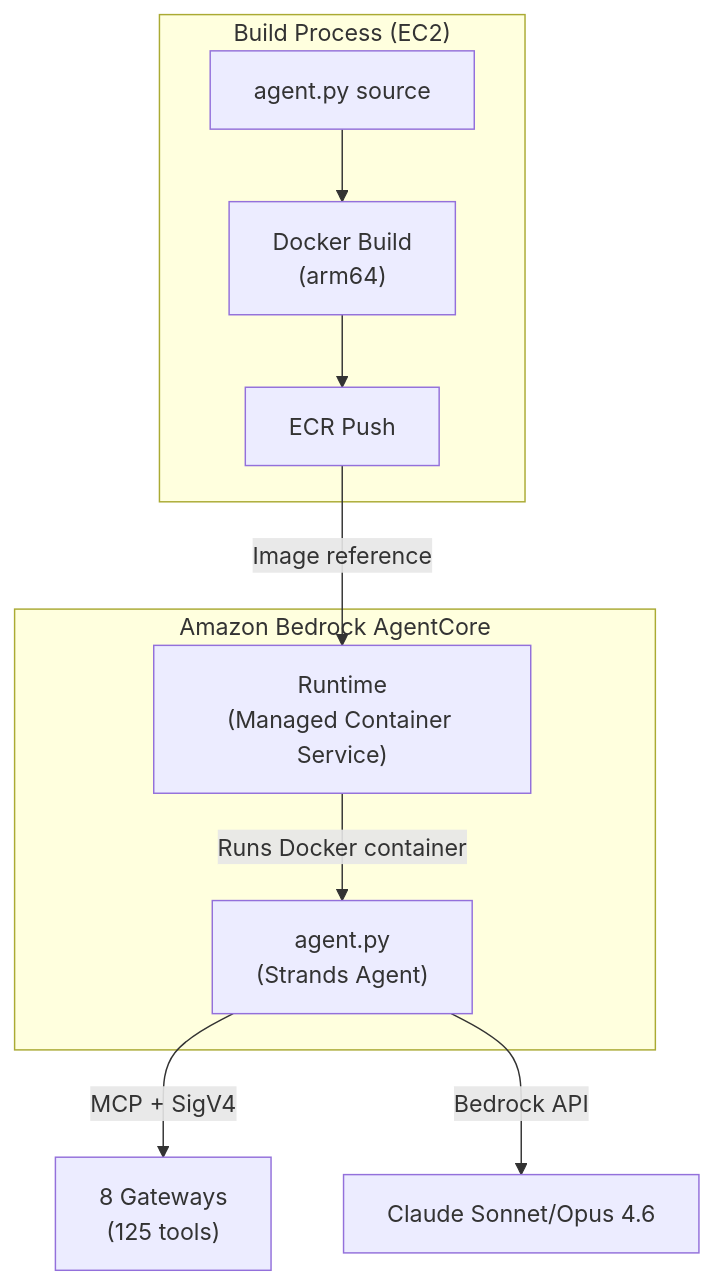
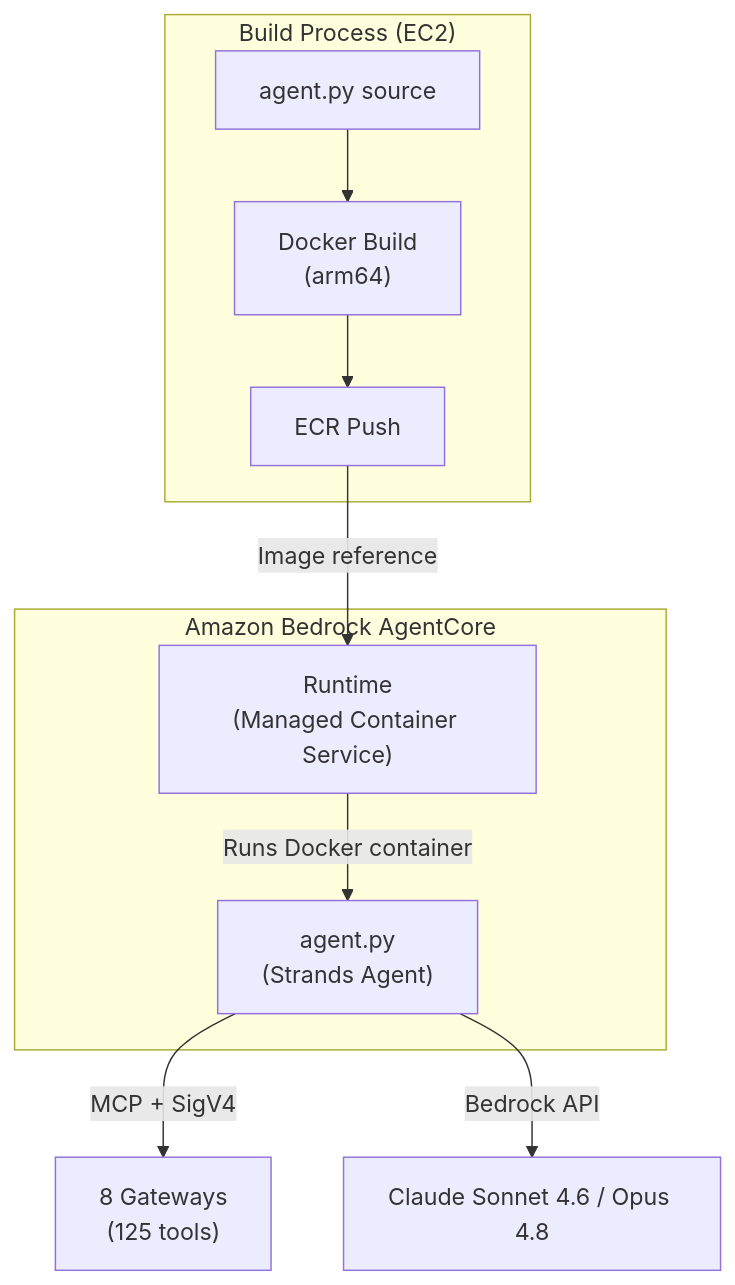
One commit to Atom-oh/awsops changed the first of 9 diagrams in docs-site/i18n/en/docusaurus-plugin-content-docs/current/faq/agentcore-memory.md. Above: the diagram before and after it, drawn with Mermaid. The commit also changed 31 other files, not shown here.

````diff
--- a/docs-site/i18n/en/docusaurus-plugin-content-docs/current/faq/agentcore-memory.md
+++ b/docs-site/i18n/en/docusaurus-plugin-content-docs/current/faq/agentcore-memory.md
@@ -16,17 +16,17 @@
 ```mermaid
 flowchart TD
   subgraph AC["Amazon Bedrock AgentCore"]
     RT["Runtime<br/>(Managed Container Service)"]
     RT -->|"Runs Docker container"| AGENT["agent.py<br/>(Strands Agent)"]
   end
 
   subgraph BUILD["Build Process (EC2)"]
     SRC["agent.py source"] --> DOCKER["Docker Build<br/>(arm64)"]
     DOCKER --> ECR["ECR Push"]
   end
 
   ECR -->|"Image reference"| RT
 
   AGENT -->|"MCP + SigV4"| GW["8 Gateways<br/>(125 tools)"]
-  AGENT -->|"Bedrock API"| MODEL["Claude Sonnet/Opus 4.6"]
+  AGENT -->|"Bedrock API"| MODEL["Claude Sonnet 4.6 / Opus 4.8"]
 ```
````
